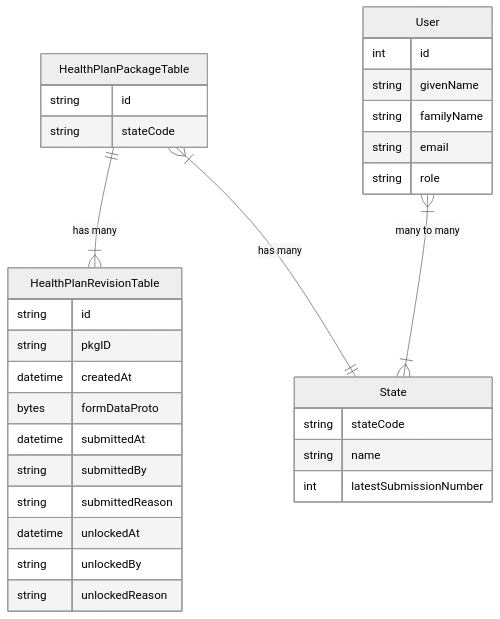
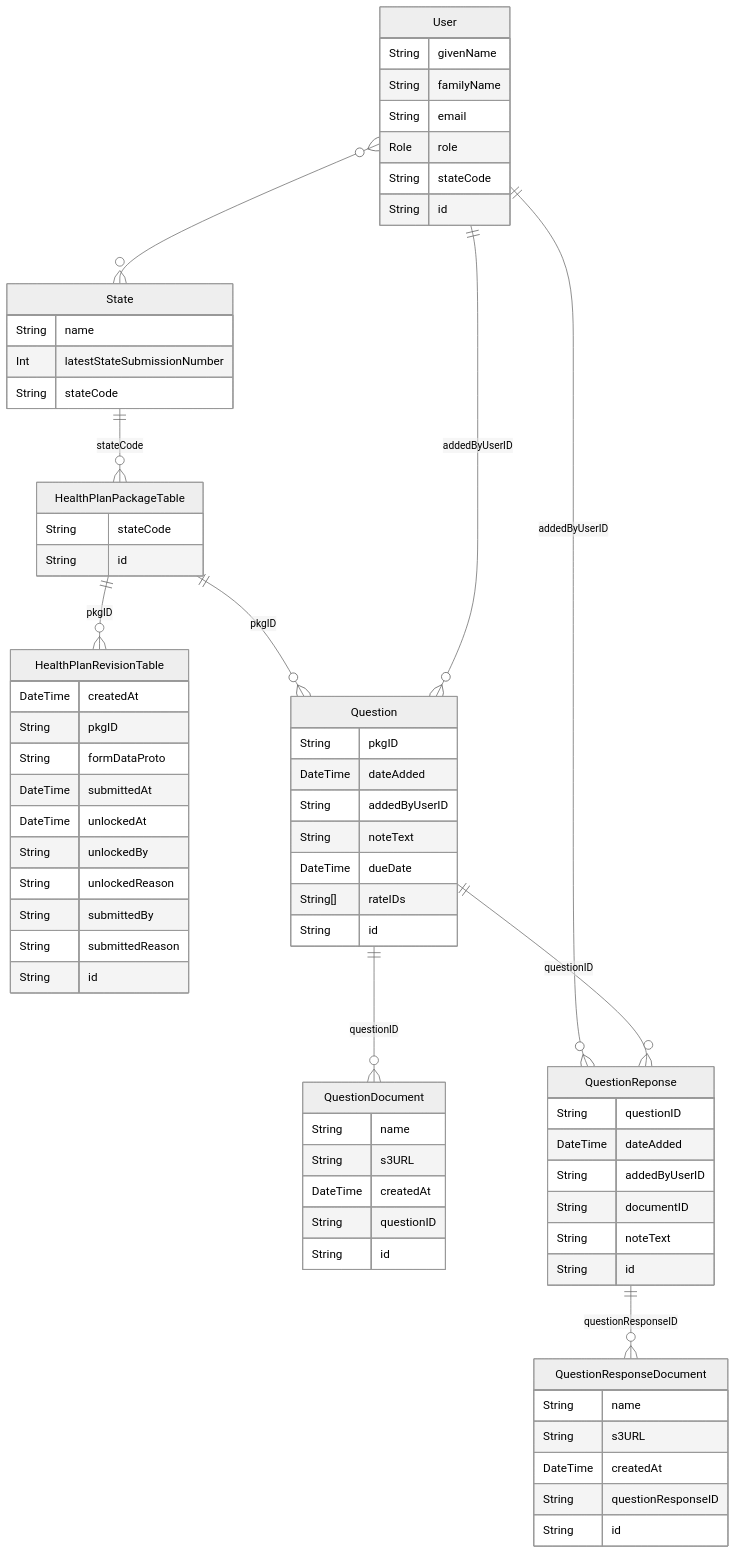
The diagram in docs/technical-design/database-diagram.md (Enterprise-CMCS/managed-care-review), drawn with Mermaid (neutral theme) before and after one commit.

Commit message:
Update database diagram

````diff
--- a/docs/technical-design/database-diagram.md
+++ b/docs/technical-design/database-diagram.md
@@ -3,40 +3,76 @@
 ```mermaid
 erDiagram
 
-HealthPlanPackageTable ||--|{ HealthPlanRevisionTable: "has many"
-HealthPlanPackageTable }|--|| State: "has many"
-
+State {
+   String name
+   Int latestStateSubmissionNumber
+   String stateCode
+}
 HealthPlanPackageTable {
-    string id
-    string stateCode
+   String stateCode
+   String id
+}
+HealthPlanRevisionTable {
+   DateTime createdAt
+   String pkgID
+   String formDataProto
+   DateTime submittedAt
+   DateTime unlockedAt
+   String unlockedBy
+   String unlockedReason
+   String submittedBy
+   String submittedReason
+   String id
+}
+Question {
+   String pkgID
+   DateTime dateAdded
+   String addedByUserID
+   String noteText
+   DateTime dueDate
+   String[] rateIDs
+   String id
+}
+QuestionDocument {
+   String name
+   String s3URL
+   DateTime createdAt
+   String questionID
+   String id
+}
+User {
+   String givenName
+   String familyName
+   String email
+   Role role
+   String stateCode
+   String id
 }
 
-HealthPlanRevisionTable {
-    string id
-    string pkgID
-    datetime createdAt
-    bytes   formDataProto
-    datetime submittedAt
-    string submittedBy
-    string submittedReason
-    datetime unlockedAt
-    string unlockedBy
-    string unlockedReason
+QuestionReponse {
+    String questionID
+    DateTime dateAdded
+    String addedByUserID
+    String documentID
+    String noteText
+    String id
 }
 
-State {
-    string stateCode
-    string name
-    int latestSubmissionNumber
+QuestionResponseDocument {
+   String name
+   String s3URL
+   DateTime createdAt
+   String questionResponseID
+   String id
 }
 
-User {
-    int id
-    string givenName
-    string familyName
-    string email
-    string role
-}
-
-User }|--|{ State: "many to many"
+State ||--o{ HealthPlanPackageTable : stateCode
+HealthPlanPackageTable ||--o{ HealthPlanRevisionTable : pkgID
+HealthPlanPackageTable ||--o{ Question : pkgID
+User  ||--o{  Question : addedByUserID
+User  ||--o{  QuestionReponse : addedByUserID
+Question  ||--o{  QuestionDocument : questionID
+Question ||--o{ QuestionReponse: questionID
+QuestionReponse ||--o{ QuestionResponseDocument: questionResponseID
+User  }o--o{  State : ""
 ```
````
